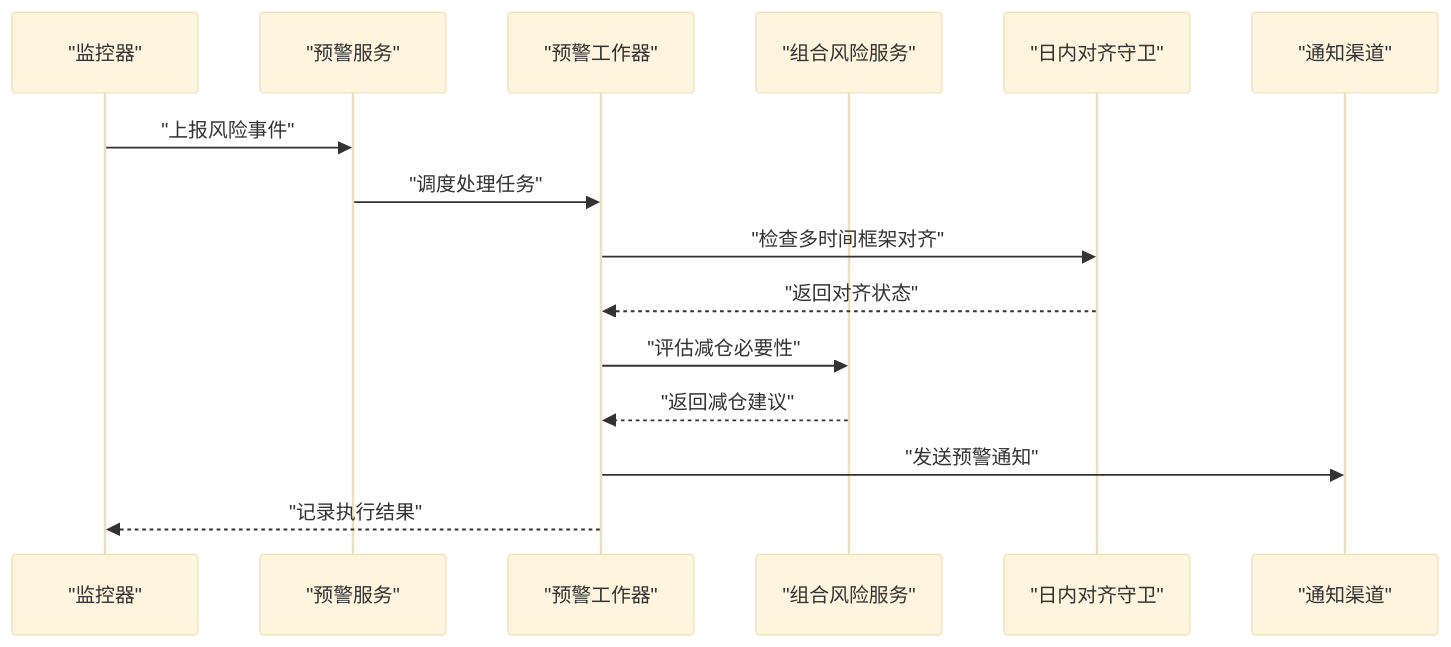
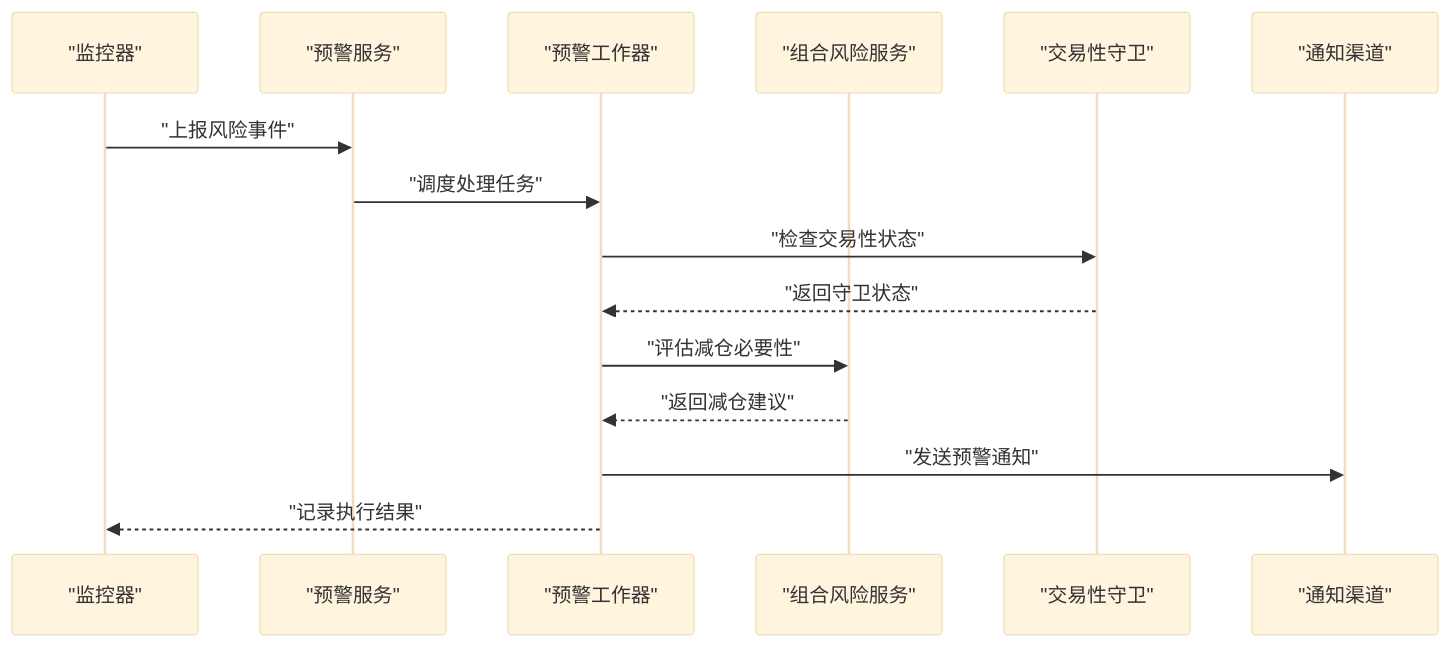
One commit to anYaoooo/daily_stock_analysis changed the fourth of 8 diagrams in .qoder/repowiki/zh/content/交易策略系统/风险管理.md. Above: the diagram before and after it, drawn with Mermaid (base theme). The commit also changed other lines of this file and 140 other files, not shown here.

````diff
--- a/.qoder/repowiki/zh/content/交易策略系统/风险管理.md
+++ b/.qoder/repowiki/zh/content/交易策略系统/风险管理.md
@@ -241,17 +267,17 @@
 ```mermaid
 sequenceDiagram
 participant Monitor as "监控器"
 participant AlertSvc as "预警服务"
 participant Worker as "预警工作器"
 participant RiskSvc as "组合风险服务"
-participant AlignmentGuard as "日内对齐守卫"
+participant TradeGuard as "交易性守卫"
 participant Notify as "通知渠道"
 Monitor->>AlertSvc : "上报风险事件"
 AlertSvc->>Worker : "调度处理任务"
-Worker->>AlignmentGuard : "检查多时间框架对齐"
-AlignmentGuard-->>Worker : "返回对齐状态"
+Worker->>TradeGuard : "检查交易性状态"
+TradeGuard-->>Worker : "返回守卫状态"
 Worker->>RiskSvc : "评估减仓必要性"
 RiskSvc-->>Worker : "返回减仓建议"
 Worker->>Notify : "发送预警通知"
 Worker-->>Monitor : "记录执行结果"
 ```
````
